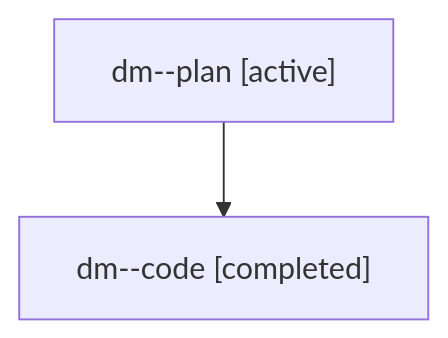
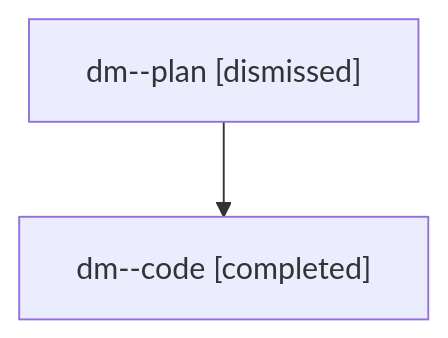
Before and after one commit to sase-org/sase--agents: the diagram in sessions/bbugyi200.athena.dm.md, drawn with Mermaid. The commit also changed other lines of this file and 24 other files, not shown here.

````diff
--- a/sessions/bbugyi200.athena.dm.md
+++ b/sessions/bbugyi200.athena.dm.md
@@ -9,6 +9,6 @@
 ```mermaid
 flowchart TD
-  n0["dm--plan [active]"]
+  n0["dm--plan [dismissed]"]
   n1["dm--code [completed]"]
   n0 --> n1
 ```
````
